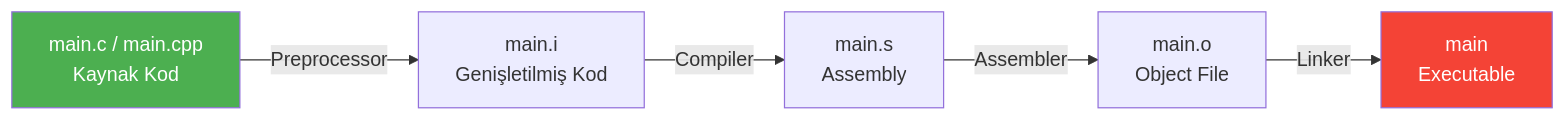
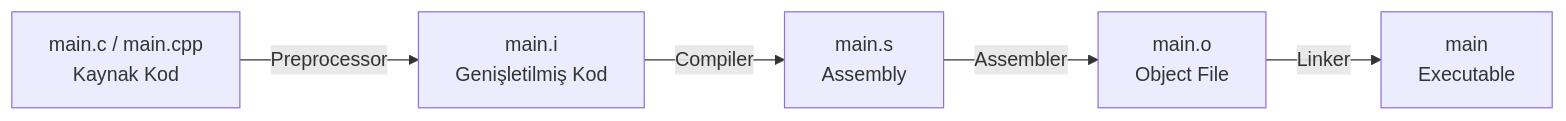
One commit to serkanMzlm/MechatronicsNotebook changed the first of 4 diagrams in tech_notebook/docs/md/programming/compiler.md. Above: the diagram before and after it, drawn with Mermaid. The commit also changed other lines of this file and 2 other files, not shown here.

````diff
--- a/tech_notebook/docs/md/programming/compiler.md
+++ b/tech_notebook/docs/md/programming/compiler.md
@@ -5,10 +5,7 @@
 ```mermaid
 graph LR
     A["main.c / main.cpp\nKaynak Kod"] -->|Preprocessor| B["main.i\nGenişletilmiş Kod"]
     B -->|Compiler| C["main.s\nAssembly"]
     C -->|Assembler| D["main.o\nObject File"]
     D -->|Linker| E["main\nExecutable"]
-
-    style A fill:#4CAF50,color:#fff
-    style E fill:#F44336,color:#fff
 ```
````
